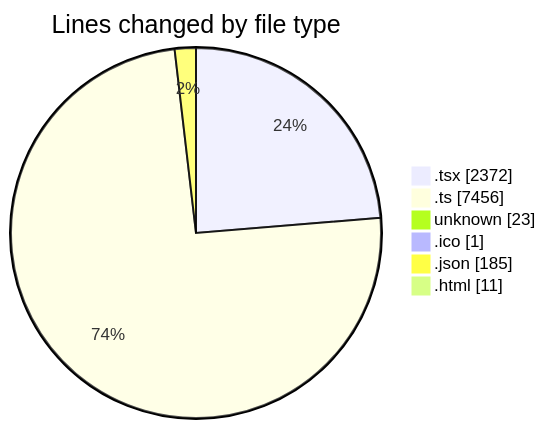
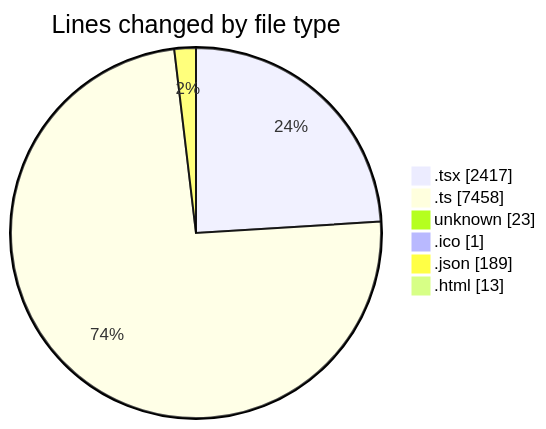
The first of 2 diagrams in 2025-06-20/modeljsondesigner/README.md (JenPaints/code-tracking), drawn with Mermaid before and after one commit. The commit also changed other lines of this file and 1 other file, not shown here.

````diff
--- a/2025-06-20/modeljsondesigner/README.md
+++ b/2025-06-20/modeljsondesigner/README.md
@@ -33,10 +33,10 @@
 ```mermaid
 pie showData
 title Lines changed by file type
-".tsx" : 2372
-".ts" : 7456
+".tsx" : 2417
+".ts" : 7458
 "unknown" : 23
 ".ico" : 1
-".json" : 185
-".html" : 11
+".json" : 189
+".html" : 13
 ```
````
